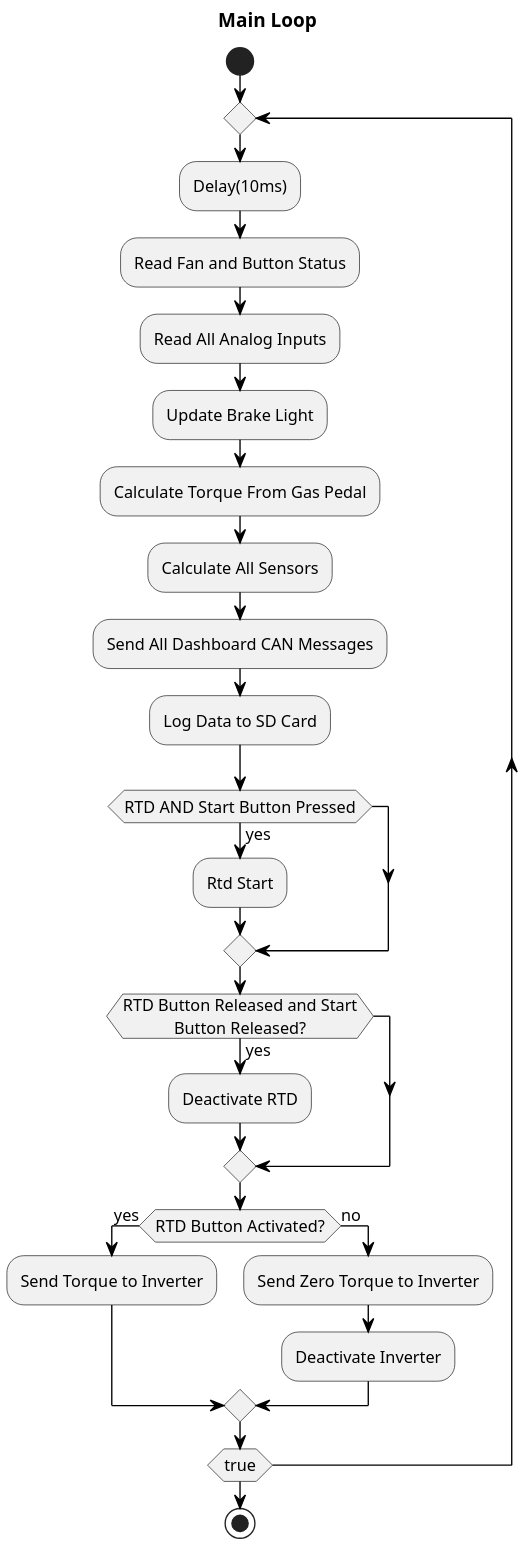
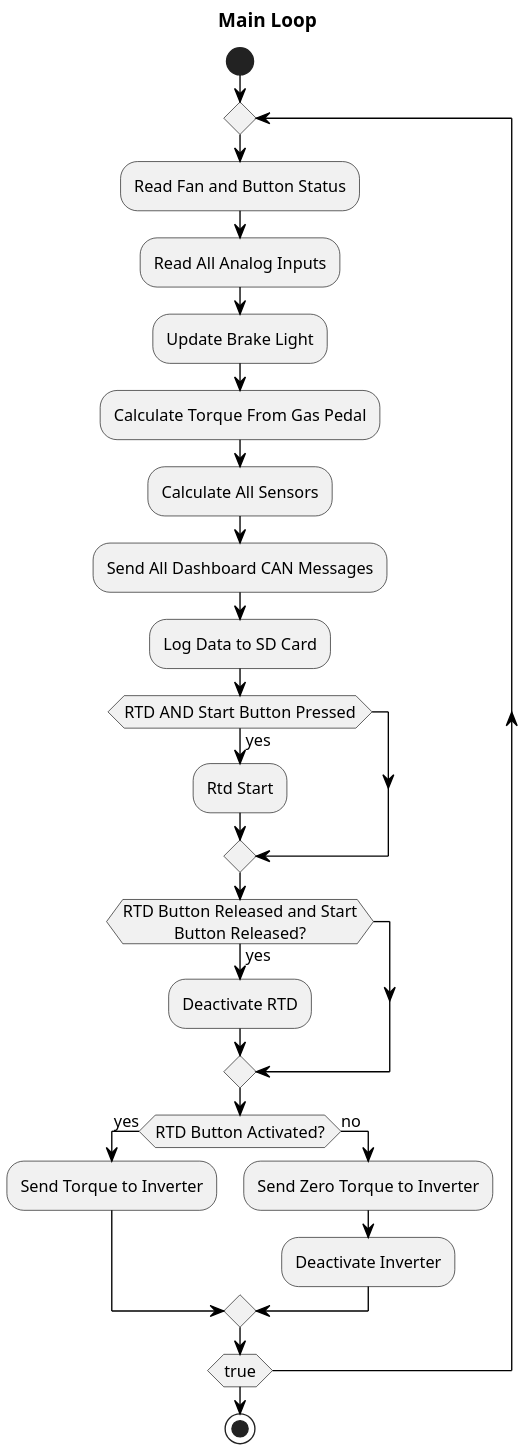
The diagram in vcu_mainloop.puml (dtomic28/GPE-EDE-diagrams), drawn with PlantUML before and after one commit.

```diff
--- a/vcu_mainloop.puml
+++ b/vcu_mainloop.puml
@@ -1,47 +1,46 @@
 @startuml vcu_mainloop
 skinparam {
     dpi 200
     shadowing false
     arrowFontSize 12
     defaultFontSize 12
     defaultTextAlignment center
     arrowThickness 1
     arrowColor black
     arrowFontColor black
     maxMessageSize 100
     wrapWidth 200
     nodeSpacing 50
     rankSpacing 50
     direction left to right
 }
 
 title Main Loop
 
 start
 repeat
-  :Delay(10ms);
   :Read Fan and Button Status;
   :Read All Analog Inputs;
   :Update Brake Light;
   :Calculate Torque From Gas Pedal;
   :Calculate All Sensors;
   :Send All Dashboard CAN Messages;
   :Log Data to SD Card;
 
   if (RTD AND Start Button Pressed) then (yes)
     :Rtd Start;
   endif
 
   if (RTD Button Released and Start Button Released?) then (yes)
     :Deactivate RTD;
   endif
 
   if (RTD Button Activated?) then (yes)
     :Send Torque to Inverter;
   else (no)
     :Send Zero Torque to Inverter;
     :Deactivate Inverter;
   endif
 repeat while (true)
 stop
 @enduml
```
